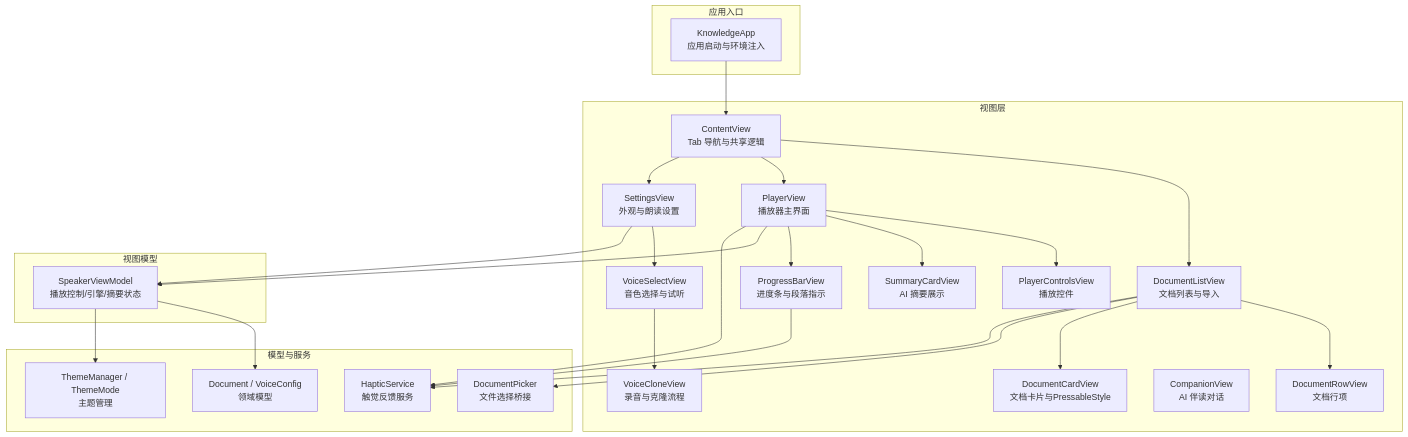
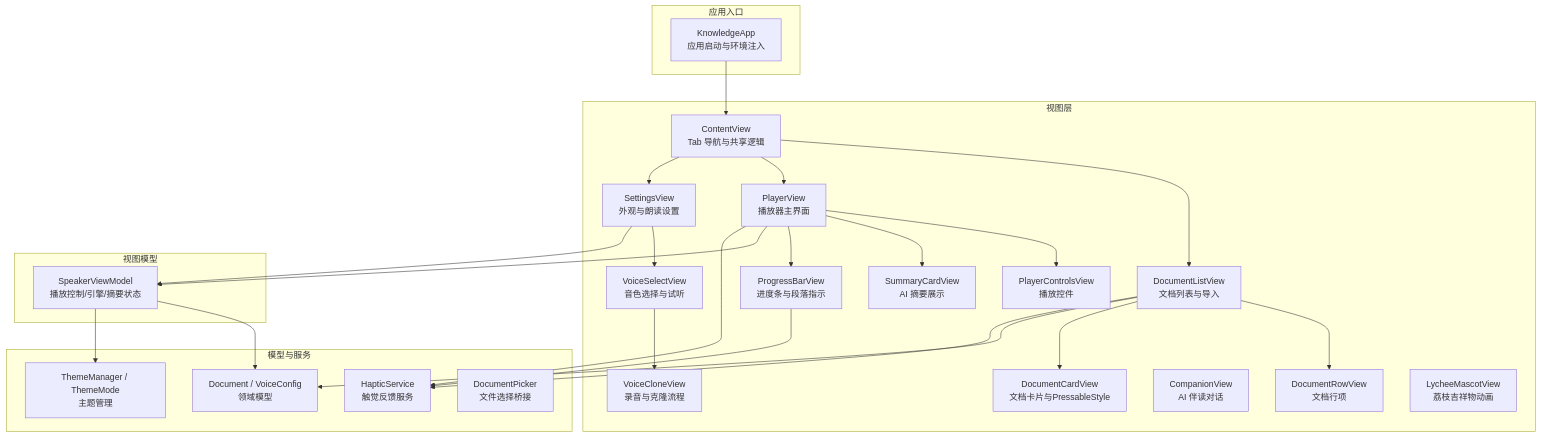
The first of 11 diagrams in .qoder/repowiki/zh/content/用户界面设计/用户界面设计.md (Primoguo/VoiceReader), drawn with Mermaid before and after one commit. The commit also changed other lines of this file and 92 other files, not shown here.

````diff
--- a/.qoder/repowiki/zh/content/用户界面设计/用户界面设计.md
+++ b/.qoder/repowiki/zh/content/用户界面设计/用户界面设计.md
@@ -59,48 +63,49 @@
 ```mermaid
 graph TB
 subgraph "应用入口"
 A["KnowledgeApp<br/>应用启动与环境注入"]
 end
 subgraph "视图层"
 B["ContentView<br/>Tab 导航与共享逻辑"]
 C["DocumentListView<br/>文档列表与导入"]
 D["PlayerView<br/>播放器主界面"]
 E["SettingsView<br/>外观与朗读设置"]
 F["SummaryCardView<br/>AI 摘要展示"]
 G["VoiceCloneView<br/>录音与克隆流程"]
 H["VoiceSelectView<br/>音色选择与试听"]
 I["PlayerControlsView<br/>播放控件"]
 J["DocumentRowView<br/>文档行项"]
 K["ProgressBarView<br/>进度条与段落指示"]
 L["CompanionView<br/>AI 伴读对话"]
 M["DocumentCardView<br/>文档卡片与PressableStyle"]
+N["LycheeMascotView<br/>荔枝吉祥物动画"]
 end
 subgraph "视图模型"
-N["SpeakerViewModel<br/>播放控制/引擎/摘要状态"]
+O["SpeakerViewModel<br/>播放控制/引擎/摘要状态"]
 end
 subgraph "模型与服务"
-O["ThemeManager / ThemeMode<br/>主题管理"]
-P["HapticService<br/>触觉反馈服务"]
-Q["Document / VoiceConfig<br/>领域模型"]
-R["DocumentPicker<br/>文件选择桥接"]
+P["ThemeManager / ThemeMode<br/>主题管理"]
+Q["HapticService<br/>触觉反馈服务"]
+R["Document / VoiceConfig<br/>领域模型"]
+S["DocumentPicker<br/>文件选择桥接"]
 end
 A --> B
 B --> C
 B --> D
 B --> E
 D --> I
 D --> F
 D --> K
 E --> H
 H --> G
 C --> J
 C --> M
 C --> R
-D --> N
-E --> N
-N --> Q
-N --> O
-D --> P
-C --> P
-K --> P
+D --> O
+E --> O
+O --> R
+O --> P
+D --> Q
+C --> Q
+K --> Q
 ```
````
